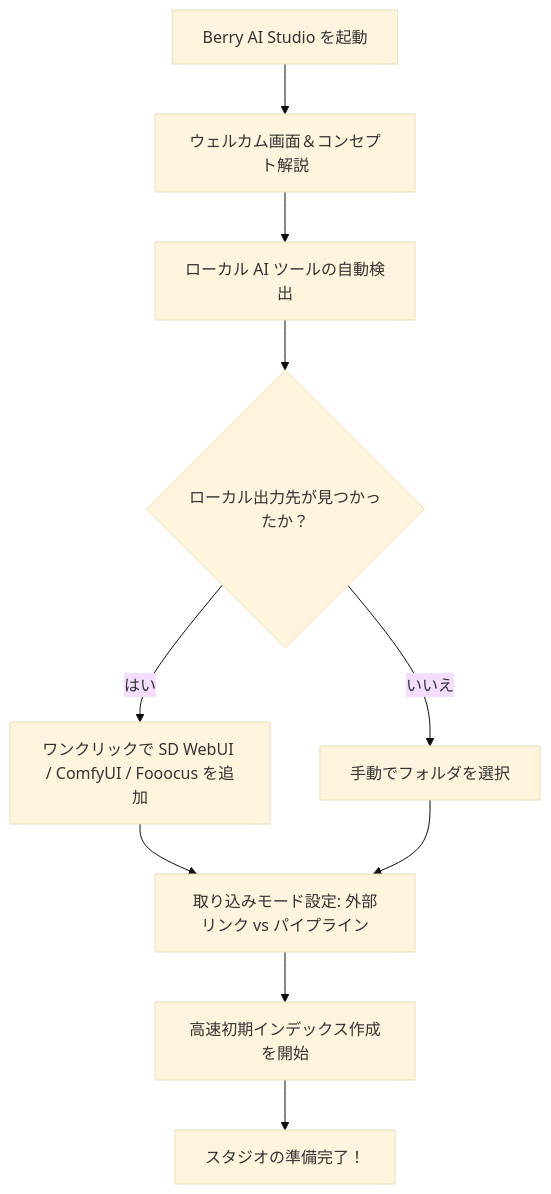
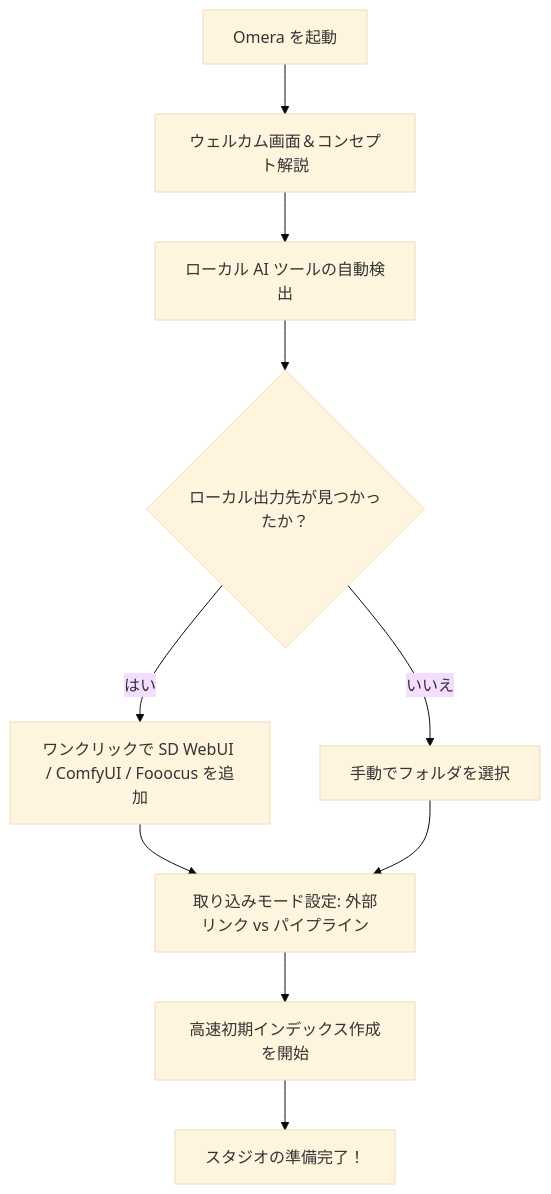
Before and after one commit to BerryUIKI/Berry-AI-Studio: the diagram in docs/wiki/ja/01-getting-started/installation.md, drawn with Mermaid (base theme). The commit also changed other lines of this file and 224 other files, not shown here.

````diff
--- a/docs/wiki/ja/01-getting-started/installation.md
+++ b/docs/wiki/ja/01-getting-started/installation.md
@@ -66,12 +66,12 @@
 ```mermaid
 flowchart TD
-    A[Berry AI Studio を起動] --> B[ウェルカム画面＆コンセプト解説]
+    A[Omera を起動] --> B[ウェルカム画面＆コンセプト解説]
     B --> C[ローカル AI ツールの自動検出]
     C --> D{ローカル出力先が見つかったか？}
     D -- はい --> E[ワンクリックで SD WebUI / ComfyUI / Fooocus を追加]
     D -- いいえ --> F[手動でフォルダを選択]
     E --> G[取り込みモード設定: 外部リンク vs パイプライン]
     F --> G
     G --> H[高速初期インデックス作成を開始]
     H --> I[スタジオの準備完了！]
 ```
````
